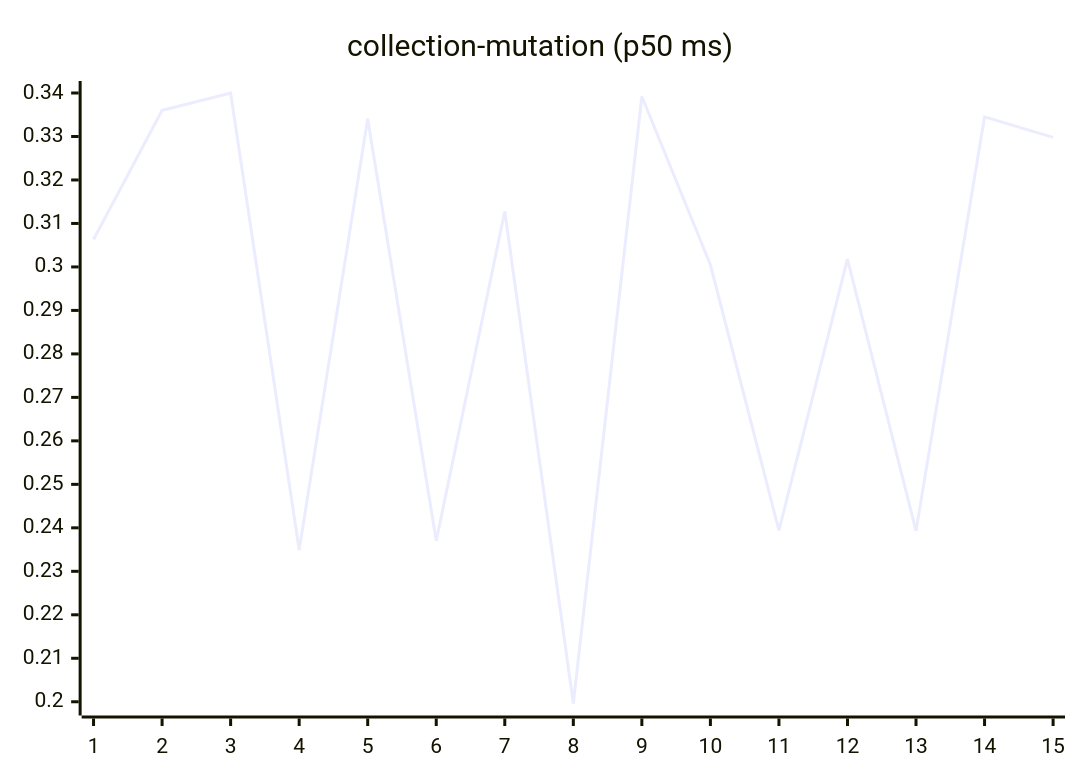
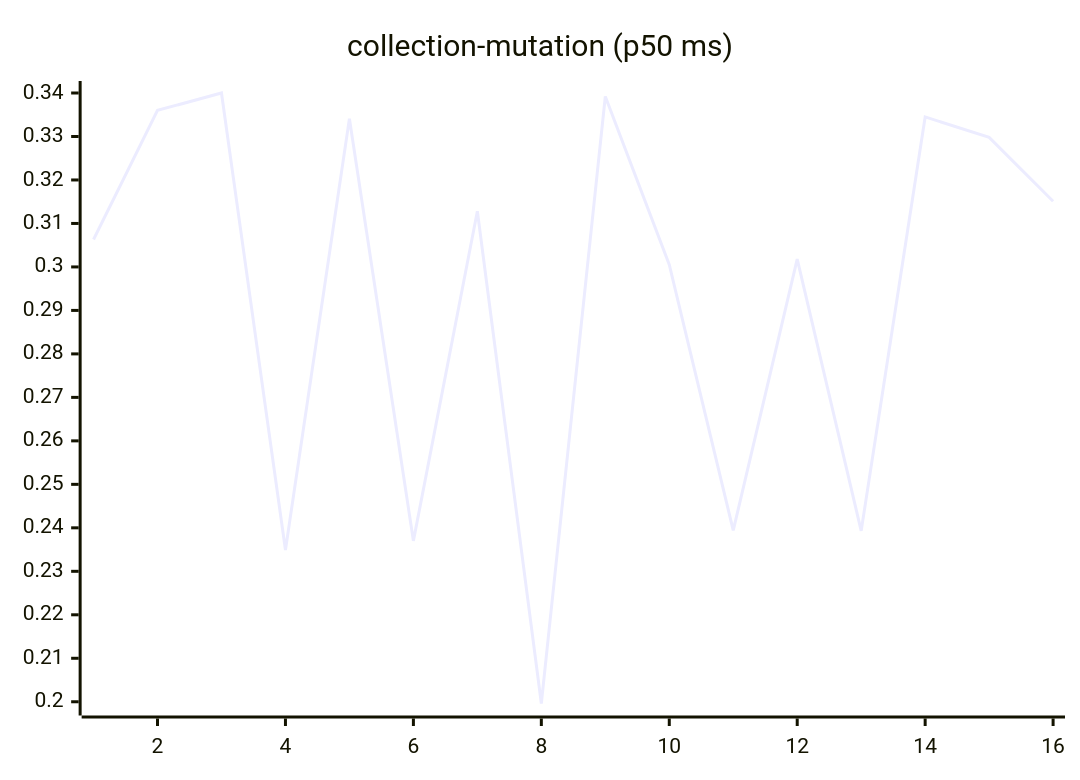
One commit to josha/Facet changed the sixth of 27 diagrams in README.md. Above: the diagram before and after it, drawn with Mermaid. The commit also changed other lines of this file and 2 other files, not shown here.

````diff
--- a/README.md
+++ b/README.md
@@ -98,6 +98,6 @@
 ```mermaid
 xychart-beta
     title "collection-mutation (p50 ms)"
-    x-axis 1 --> 15
-    line [0.3063, 0.3360, 0.3400, 0.2349, 0.3341, 0.2370, 0.3128, 0.1996, 0.3392, 0.3005, 0.2394, 0.3018, 0.2393, 0.3345, 0.3298]
+    x-axis 1 --> 16
+    line [0.3063, 0.3360, 0.3400, 0.2349, 0.3341, 0.2370, 0.3128, 0.1996, 0.3392, 0.3005, 0.2394, 0.3018, 0.2393, 0.3345, 0.3298, 0.3151]
 ```
````
